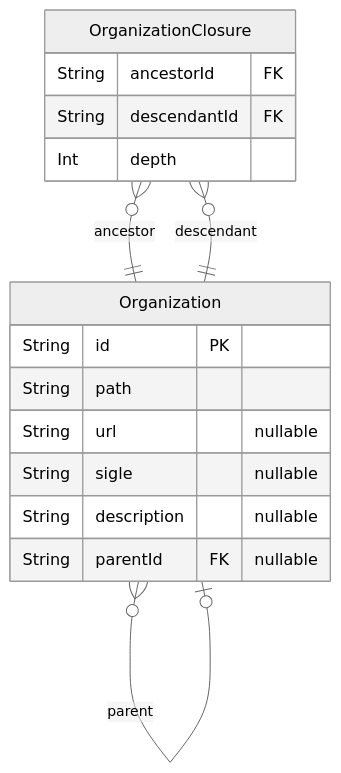
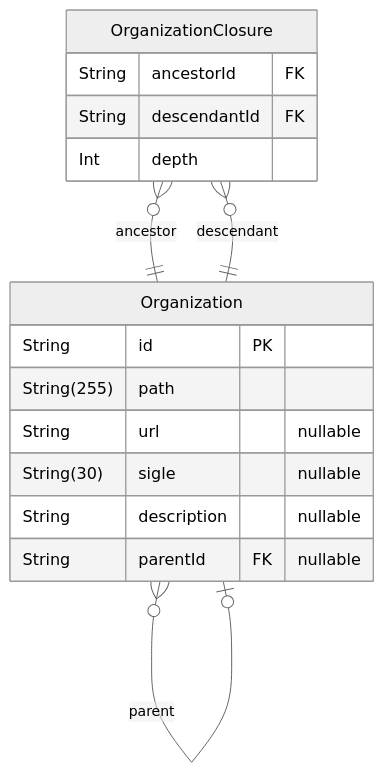
One commit to dnum-mi/referentiel-applications changed the sixth of 8 diagrams in backend/prisma/docs/schema.md. Above: the diagram before and after it, drawn with Mermaid (neutral theme). The commit also changed other lines of this file and 9 other files, not shown here.

````diff
--- a/backend/prisma/docs/schema.md
+++ b/backend/prisma/docs/schema.md
@@ -448,19 +448,19 @@
 ```mermaid
 erDiagram
 "Organization" {
   String id PK
-  String path
+  String(255) path
   String url "nullable"
-  String sigle "nullable"
+  String(30) sigle "nullable"
   String description "nullable"
   String parentId FK "nullable"
 }
 "OrganizationClosure" {
   String ancestorId FK
   String descendantId FK
   Int depth
 }
 "Organization" }o--o| "Organization" : parent
 "OrganizationClosure" }o--|| "Organization" : ancestor
 "OrganizationClosure" }o--|| "Organization" : descendant
 ```
````
